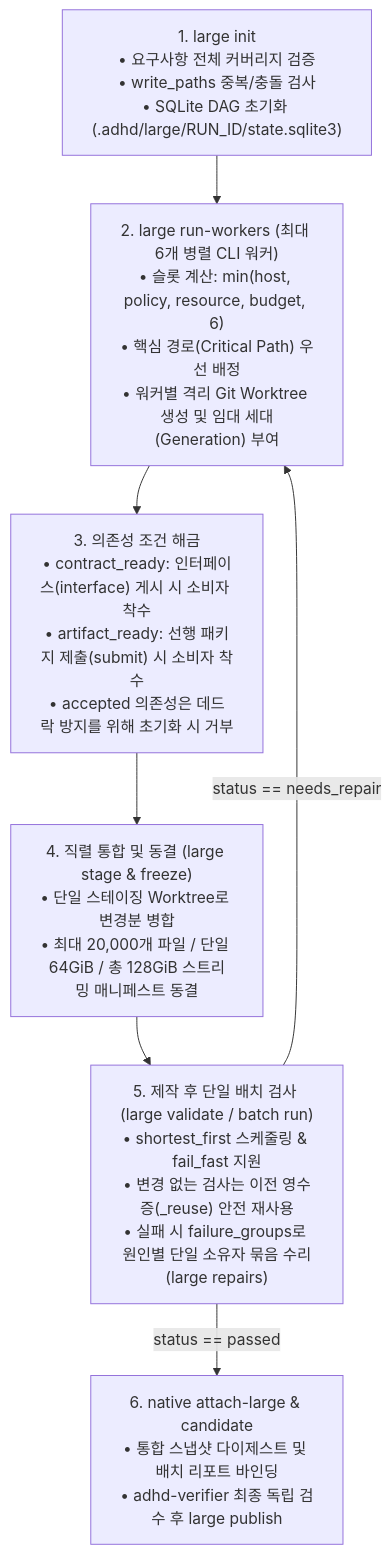
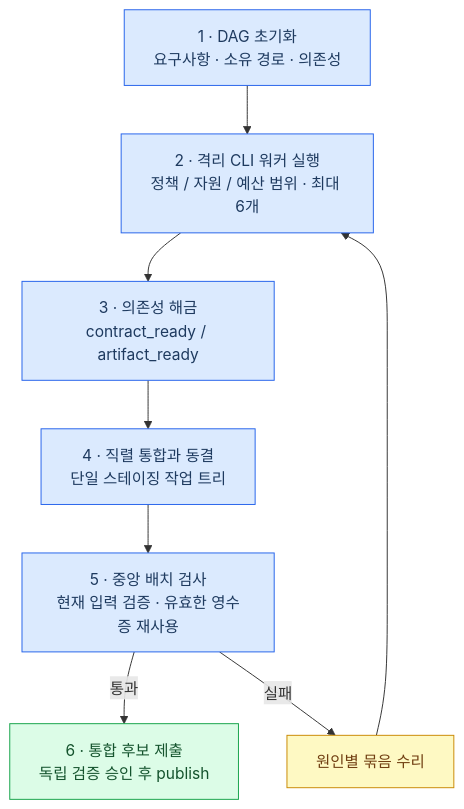
Before and after one commit to jsk1004ha/ADHD: the fifth of 5 diagrams in README.md, drawn with Mermaid. The commit also changed other lines of this file and 4 other files, not shown here.

Commit message:
docs: fix diagrams, restore figures, and add English README

````diff
--- a/README.md
+++ b/README.md
@@ -367,12 +312,23 @@
 ```mermaid
 flowchart TB
-    Init["1. large init<br/>• 요구사항 전체 커버리지 검증<br/>• write_paths 중복/충돌 검사<br/>• SQLite DAG 초기화 (.adhd/large/RUN_ID/state.sqlite3)"]
-    Dispatch["2. large run-workers (최대 6개 병렬 CLI 워커)<br/>• 슬롯 계산: min(host, policy, resource, budget, 6)<br/>• 핵심 경로(Critical Path) 우선 배정<br/>• 워커별 격리 Git Worktree 생성 및 임대 세대(Generation) 부여"]
-    Deps["3. 의존성 조건 해금<br/>• contract_ready: 인터페이스(interface) 게시 시 소비자 착수<br/>• artifact_ready: 선행 패키지 제출(submit) 시 소비자 착수<br/>• accepted 의존성은 데드락 방지를 위해 초기화 시 거부"]
-    Stage["4. 직렬 통합 및 동결 (large stage &amp; freeze)<br/>• 단일 스테이징 Worktree로 변경분 병합<br/>• 최대 20,000개 파일 / 단일 64GiB / 총 128GiB 스트리밍 매니페스트 동결"]
-    Validate["5. 제작 후 단일 배치 검사 (large validate / batch run)<br/>• shortest_first 스케줄링 &amp; fail_fast 지원<br/>• 변경 없는 검사는 이전 영수증(_reuse) 안전 재사용<br/>• 실패 시 failure_groups로 원인별 단일 소유자 묶음 수리(large repairs)"]
+    accTitle: Large task assembly and validation
+    accDescr: Requirement-bound tasks run in isolated worktrees, then merge through serial staging and a shared validation batch. Failed batches return to grouped repairs before independent acceptance.
+    initialize["1 · DAG 초기화<br/>요구사항 · 소유 경로 · 의존성"]
+    dispatch["2 · 격리 CLI 워커 실행<br/>정책 / 자원 / 예산 범위 · 최대 6개"]
+    dependencies["3 · 의존성 해금<br/>contract_ready / artifact_ready"]
+    stage["4 · 직렬 통합과 동결<br/>단일 스테이징 작업 트리"]
+    batch["5 · 중앙 배치 검사<br/>현재 입력 검증 · 유효한 영수증 재사용"]
+    repairs["원인별 묶음 수리"]
+    candidate["6 · 통합 후보 제출<br/>독립 검증 승인 후 publish"]
+    initialize --> dispatch --> dependencies --> stage --> batch
+    batch -->|"통과"| candidate
+    batch -->|"실패"| repairs
+    repairs --> dispatch
 
-    Init --> Dispatch --> Deps --> Stage --> Validate
-    Validate -->|status == needs_repair| Dispatch
-    Validate -->|status == passed| NativeCandidate["6. native attach-large &amp; candidate<br/>• 통합 스냅샷 다이제스트 및 배치 리포트 바인딩<br/>• adhd-verifier 최종 독립 검수 후 large publish"]
+    classDef process fill:#dbeafe,stroke:#2563eb,color:#1e3a5f
+    classDef warning fill:#fef9c3,stroke:#ca8a04,color:#713f12
+    classDef success fill:#dcfce7,stroke:#16a34a,color:#14532d
+    class initialize,dispatch,dependencies,stage,batch process
+    class repairs warning
+    class candidate success
 ```
````
